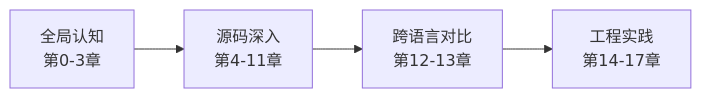
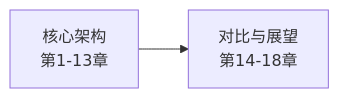
Before and after one commit to learner330/claw-code-book: the diagram in chapter-00/intro.md, drawn with Mermaid. The commit also changed other lines of this file and 33 other files, not shown here.

````diff
--- a/chapter-00/intro.md
+++ b/chapter-00/intro.md
@@ -24,6 +18,4 @@
 ```mermaid
 graph LR
-    A[全局认知<br/>第0-3章] --> B[源码深入<br/>第4-11章]
-    B --> C[跨语言对比<br/>第12-13章]
-    C --> D[工程实践<br/>第14-17章]
+    A[核心架构<br/>第1-13章] --> B[对比与展望<br/>第14-18章]
 ```
````
